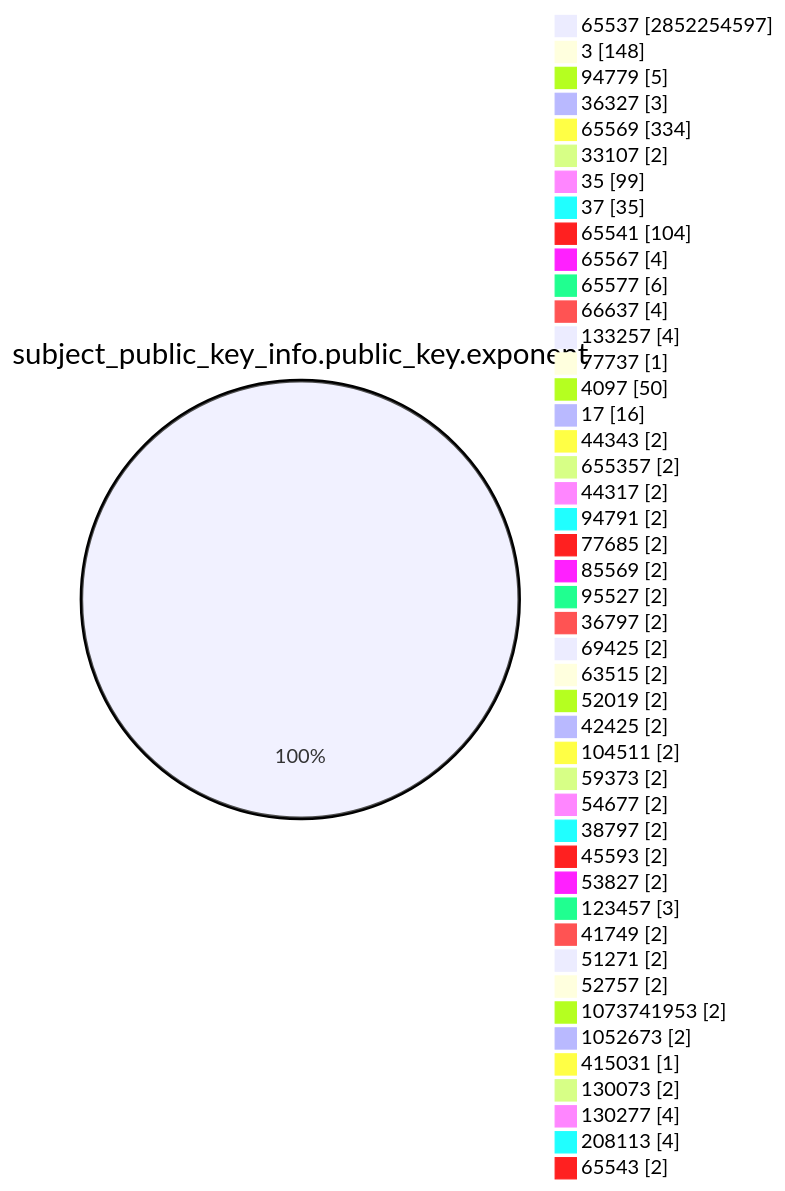
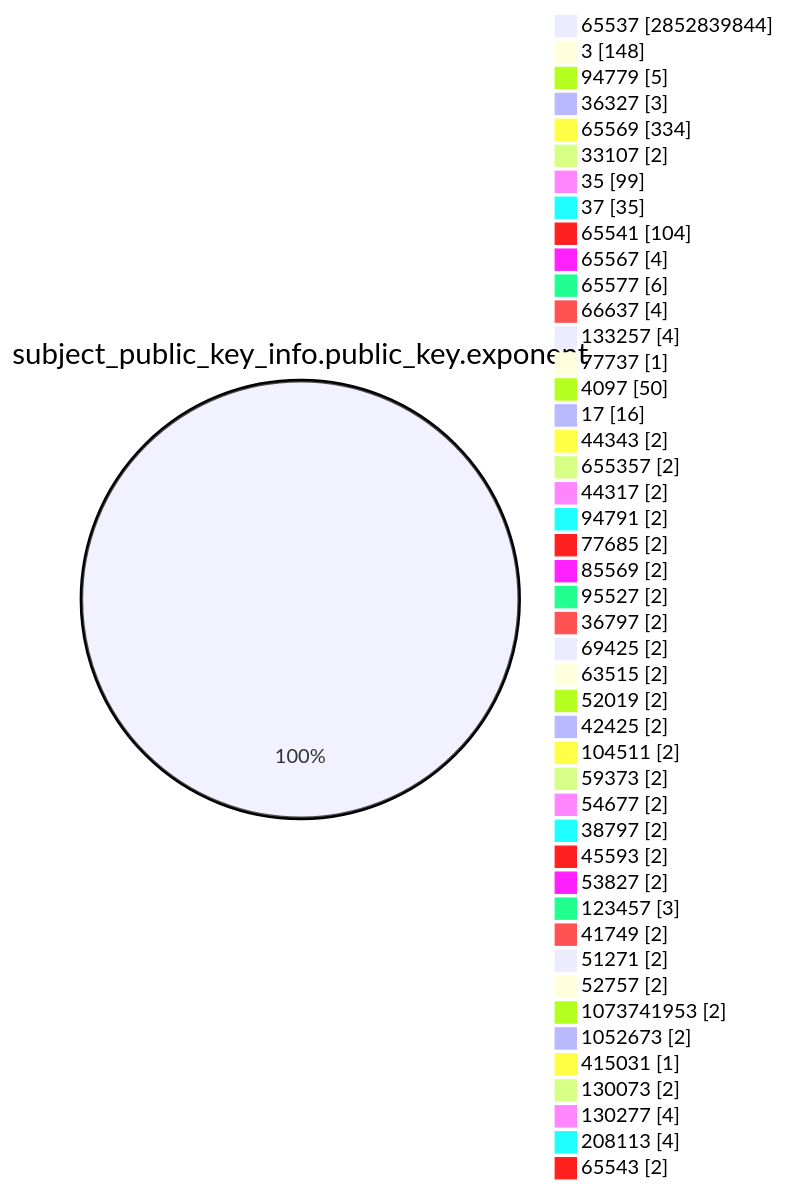
Before and after one commit to christiankrug/ctmonitor_visualization: the fourth of 15 diagrams in TOTAL/README.md, drawn with Mermaid. The commit also changed other lines of this file, not shown here.

````diff
--- a/TOTAL/README.md
+++ b/TOTAL/README.md
@@ -1468,49 +1468,49 @@
 ```mermaid
 pie showData
 title subject_public_key_info.public_key.exponent
-"65537" :2852254597
+"65537" :2852839844
 "3" :148
 "94779" :5
 "36327" :3
 "65569" :334
 "33107" :2
 "35" :99
 "37" :35
 "65541" :104
 "65567" :4
 "65577" :6
 "66637" :4
 "133257" :4
 "77737" :1
 "4097" :50
 "17" :16
 "44343" :2
 "655357" :2
 "44317" :2
 "94791" :2
 "77685" :2
 "85569" :2
 "95527" :2
 "36797" :2
 "69425" :2
 "63515" :2
 "52019" :2
 "42425" :2
 "104511" :2
 "59373" :2
 "54677" :2
 "38797" :2
 "45593" :2
 "53827" :2
 "123457" :3
 "41749" :2
 "51271" :2
 "52757" :2
 "1073741953" :2
 "1052673" :2
 "415031" :1
 "130073" :2
 "130277" :4
 "208113" :4
 "65543" :2
 ```
````
